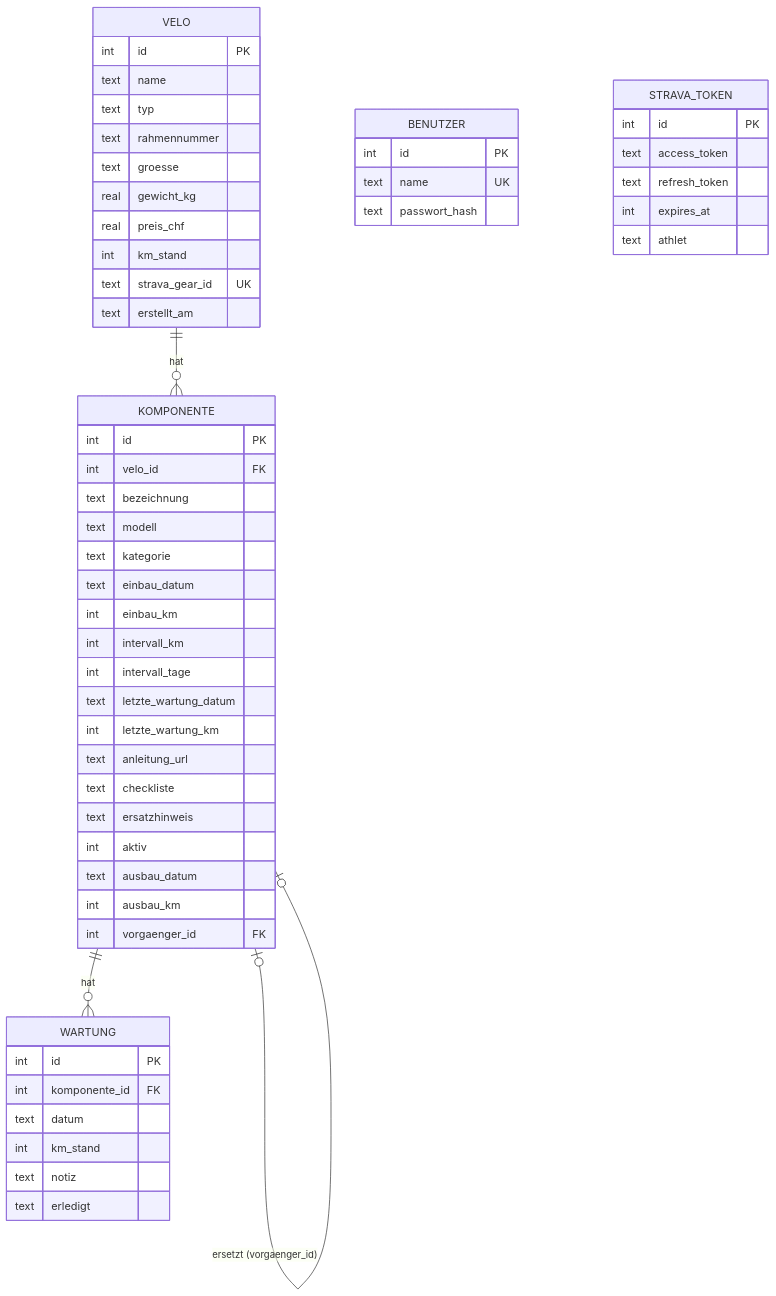
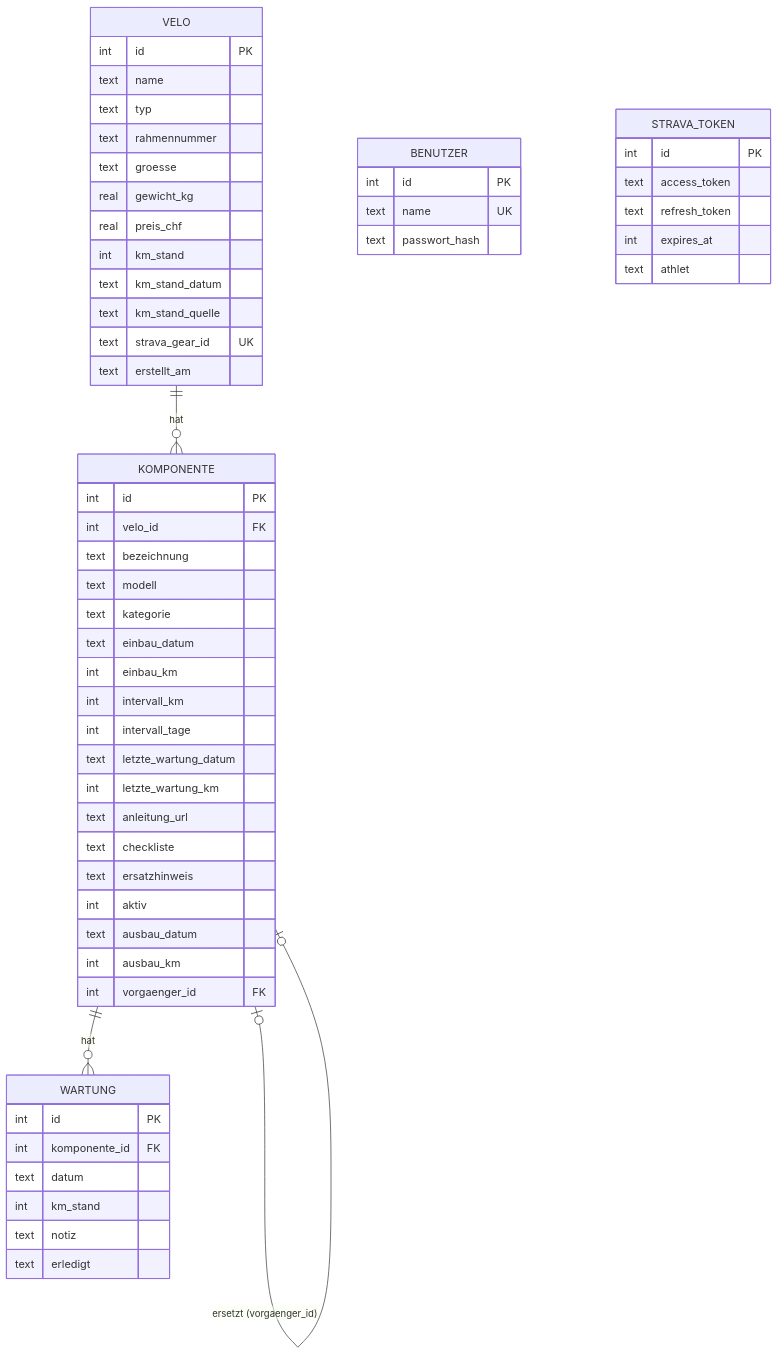
Before and after one commit to GNUEK/py_webapp_bern: the second of 5 diagrams in docs/architektur.md, drawn with Mermaid. The commit also changed other lines of this file and 9 other files, not shown here.

````diff
--- a/docs/architektur.md
+++ b/docs/architektur.md
@@ -62,59 +62,61 @@
 ```mermaid
 erDiagram
     VELO ||--o{ KOMPONENTE : hat
     KOMPONENTE ||--o{ WARTUNG : hat
     KOMPONENTE |o--o| KOMPONENTE : "ersetzt (vorgaenger_id)"
 
     VELO {
         int id PK
         text name
         text typ
         text rahmennummer
         text groesse
         real gewicht_kg
         real preis_chf
         int km_stand
+        text km_stand_datum
+        text km_stand_quelle
         text strava_gear_id UK
         text erstellt_am
     }
     KOMPONENTE {
         int id PK
         int velo_id FK
         text bezeichnung
         text modell
         text kategorie
         text einbau_datum
         int einbau_km
         int intervall_km
         int intervall_tage
         text letzte_wartung_datum
         int letzte_wartung_km
         text anleitung_url
         text checkliste
         text ersatzhinweis
         int aktiv
         text ausbau_datum
         int ausbau_km
         int vorgaenger_id FK
     }
     WARTUNG {
         int id PK
         int komponente_id FK
         text datum
         int km_stand
         text notiz
         text erledigt
     }
     BENUTZER {
         int id PK
         text name UK
         text passwort_hash
     }
     STRAVA_TOKEN {
         int id PK
         text access_token
         text refresh_token
         int expires_at
         text athlet
     }
 ```
````
